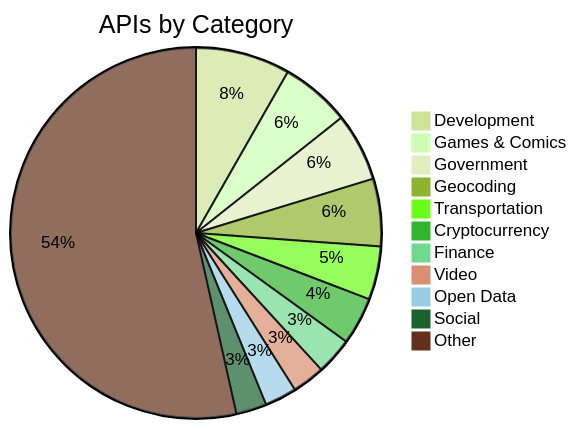
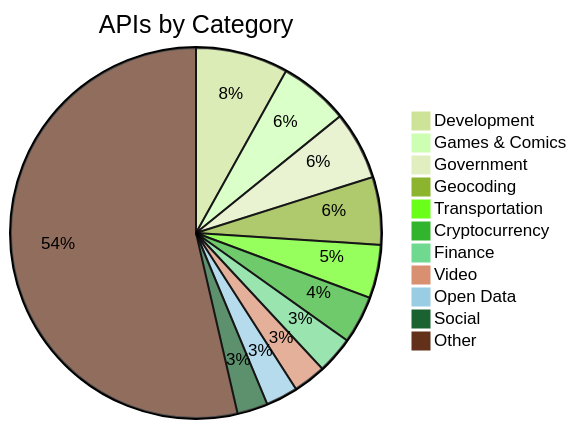
The third of 6 diagrams in README.md (udaysharmadev/Free-Api), drawn with Mermaid (forest theme) before and after one commit.

````diff
--- a/README.md
+++ b/README.md
@@ -215,14 +215,14 @@
 ```mermaid
 pie title APIs by Category
-    "Development" : 133
+    "Development" : 130
     "Games & Comics" : 98
     "Government" : 96
     "Geocoding" : 95
     "Transportation" : 75
     "Cryptocurrency" : 67
     "Finance" : 52
     "Video" : 46
     "Open Data" : 45
     "Social" : 43
     "Other" : 863
 ```
````
